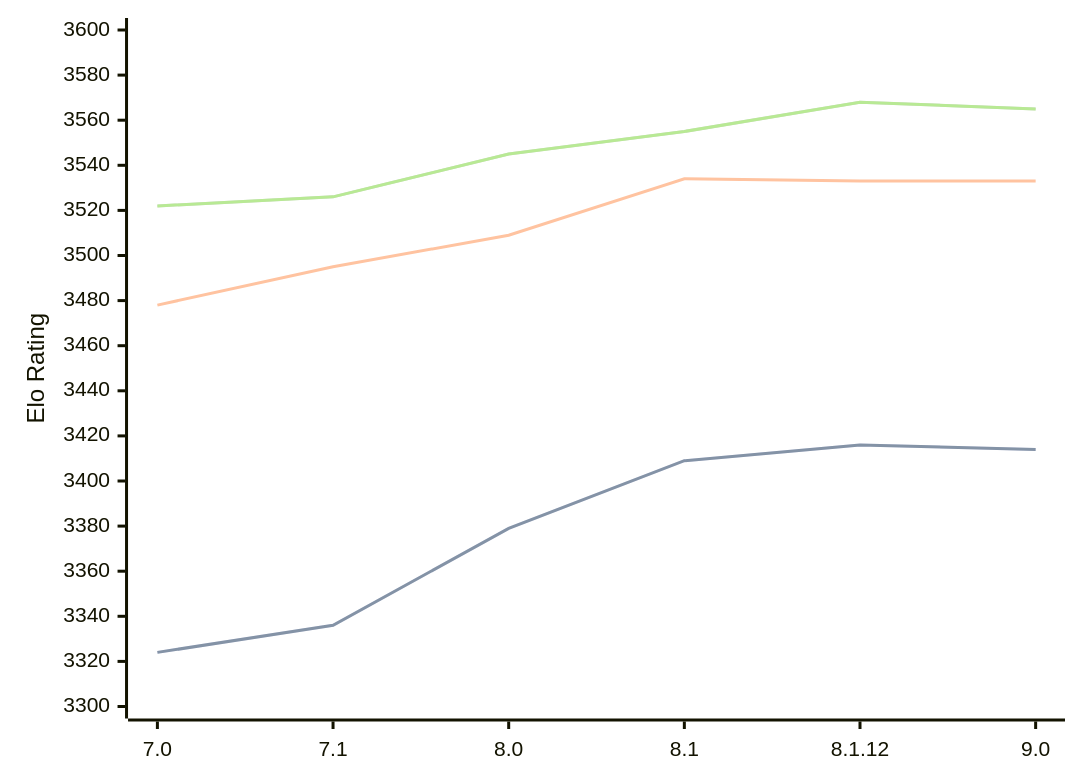
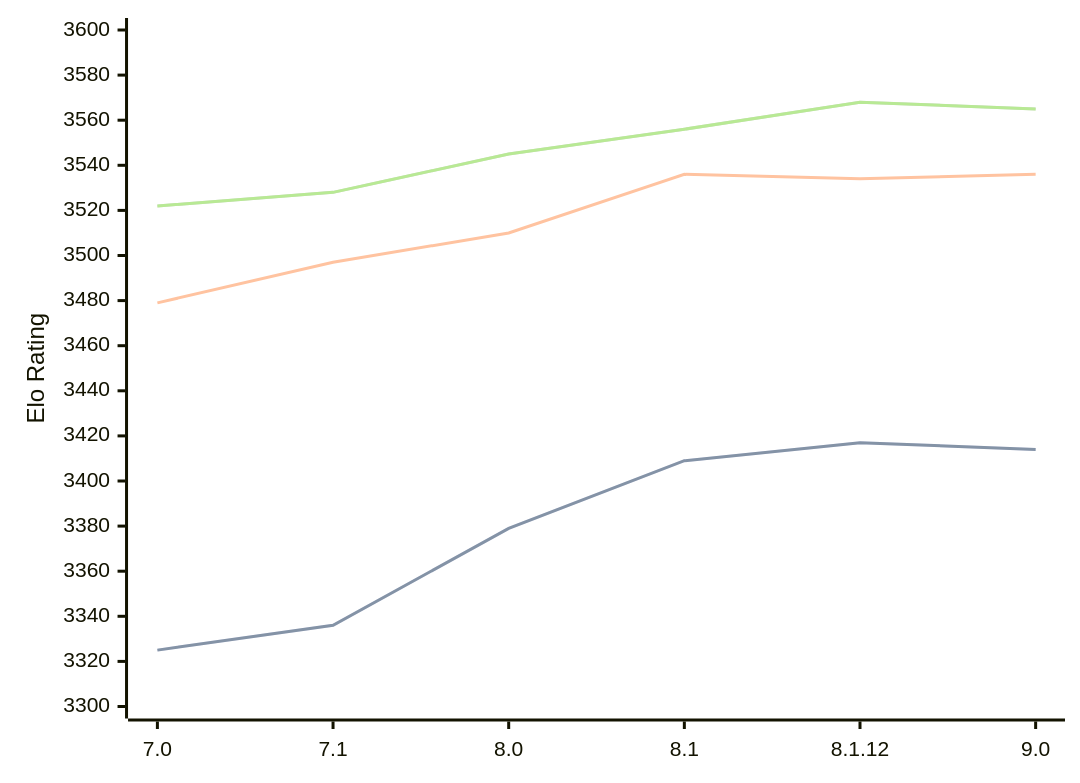
Before and after one commit to computer-chess-index/cci: the first of 3 diagrams in engines/Alexandria.md, drawn with Mermaid. The commit also changed other lines of this file, not shown here.

Commit message:
Update CCI Ratings (ELO VLTC) - 2026-07-12

````diff
--- a/engines/Alexandria.md
+++ b/engines/Alexandria.md
@@ -55,11 +55,11 @@
 ```mermaid
 %%{init: {"theme":"base","themeVariables":{"seriesColors:['#a3a3a3','#222221','#faa371']}}}%%
 xychart-beta
   x-axis ["7.0", "7.1", "8.0", "8.1", "8.1.12", "9.0"]
   y-axis "Elo Rating" 3300 --> 3600
-  line "STC (8.0+0.08s)" [3324, 3336, 3379, 3409, 3416, 3414]
-  line "STC (8.0+0.08s)" [3324, 3336, 3379, 3409, 3416, 3414]
-  line "LTC (60.0+0.60s)" [3478, 3495, 3509, 3534, 3533, 3533]
-  line "VLTC (2m24s+1.12s)" [3522, 3526, 3545, 3555, 3568, 3565]
-  line "VLTC (2m24s+1.12s)" [3522, 3526, 3545, 3555, 3568, 3565]
+  line "STC (8.0+0.08s)" [3325, 3336, 3379, 3409, 3417, 3414]
+  line "STC (8.0+0.08s)" [3325, 3336, 3379, 3409, 3417, 3414]
+  line "LTC (60.0+0.60s)" [3479, 3497, 3510, 3536, 3534, 3536]
+  line "VLTC (2m24s+1.12s)" [3522, 3528, 3545, 3556, 3568, 3565]
+  line "VLTC (2m24s+1.12s)" [3522, 3528, 3545, 3556, 3568, 3565]
 ```
````
